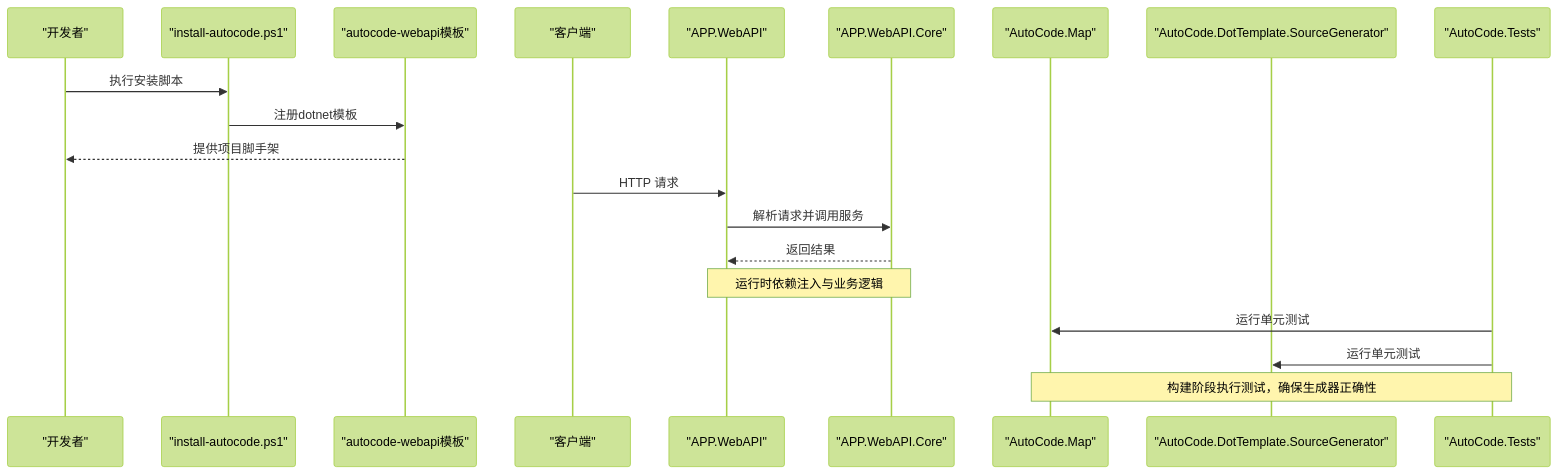
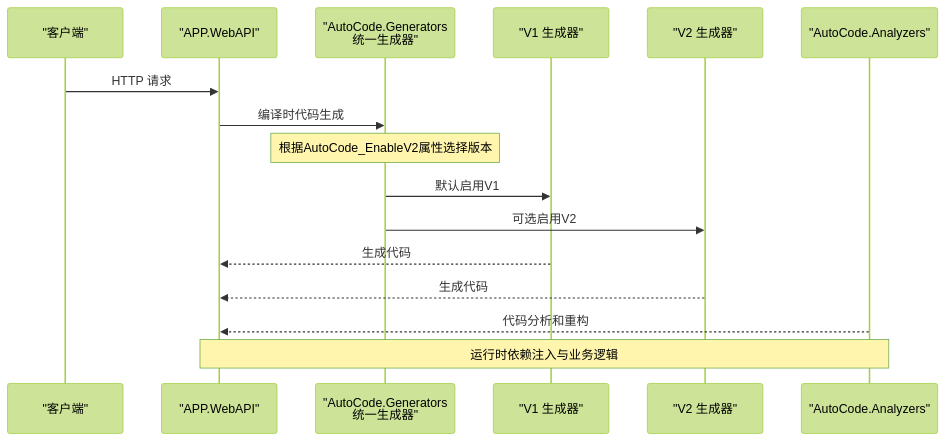
The second of 6 diagrams in .qoder/repowiki/zh/content/部署与发布/部署与发布.md (alivy/AutoCode), drawn with Mermaid (forest theme) before and after one commit. The commit also changed other lines of this file and 279 other files, not shown here.

````diff
--- a/.qoder/repowiki/zh/content/部署与发布/部署与发布.md
+++ b/.qoder/repowiki/zh/content/部署与发布/部署与发布.md
@@ -143,22 +109,18 @@
 ```mermaid
 sequenceDiagram
-participant Dev as "开发者"
-participant Script as "install-autocode.ps1"
-participant Template as "autocode-webapi模板"
 participant Client as "客户端"
 participant API as "APP.WebAPI"
-participant Core as "APP.WebAPI.Core"
-participant MapGen as "AutoCode.Map"
-participant TplSG as "AutoCode.DotTemplate.SourceGenerator"
-participant Test as "AutoCode.Tests"
-Dev->>Script : 执行安装脚本
-Script->>Template : 注册dotnet模板
-Template-->>Dev : 提供项目脚手架
+participant UnifiedGen as "AutoCode.Generators<br/>统一生成器"
+participant V1 as "V1 生成器"
+participant V2 as "V2 生成器"
+participant Analyzer as "AutoCode.Analyzers"
 Client->>API : HTTP 请求
-API->>Core : 解析请求并调用服务
-Core-->>API : 返回结果
-Note over API,Core : 运行时依赖注入与业务逻辑
-Test->>MapGen : 运行单元测试
-Test->>TplSG : 运行单元测试
-Note over Test,MapGen : 构建阶段执行测试，确保生成器正确性
+API->>UnifiedGen : 编译时代码生成
+Note over UnifiedGen : 根据AutoCode_EnableV2属性选择版本
+UnifiedGen->>V1 : 默认启用V1
+UnifiedGen->>V2 : 可选启用V2
+V1-->>API : 生成代码
+V2-->>API : 生成代码
+Analyzer-->>API : 代码分析和重构
+Note over API,Analyzer : 运行时依赖注入与业务逻辑
 ```
````
